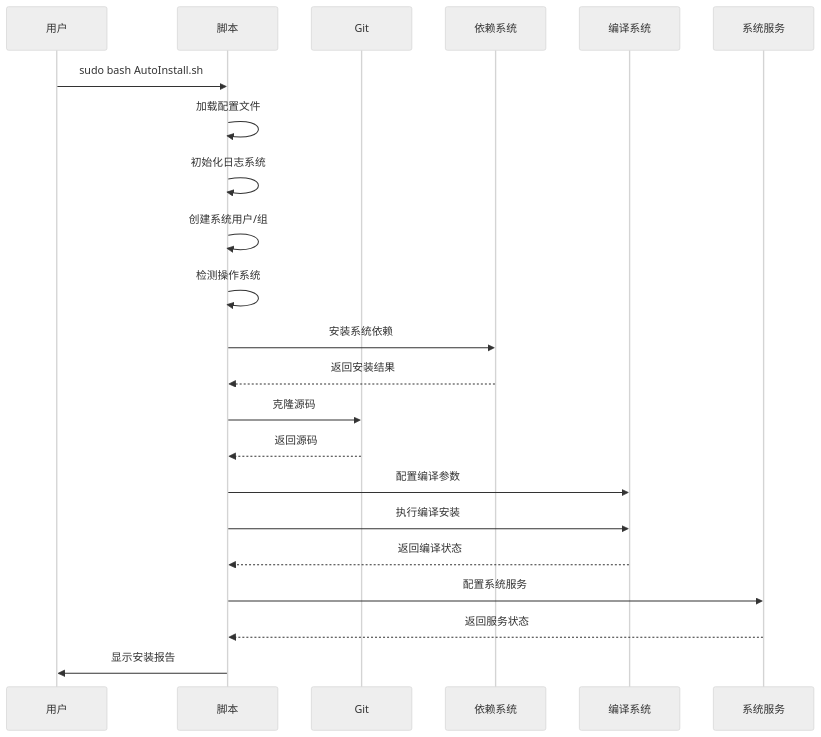
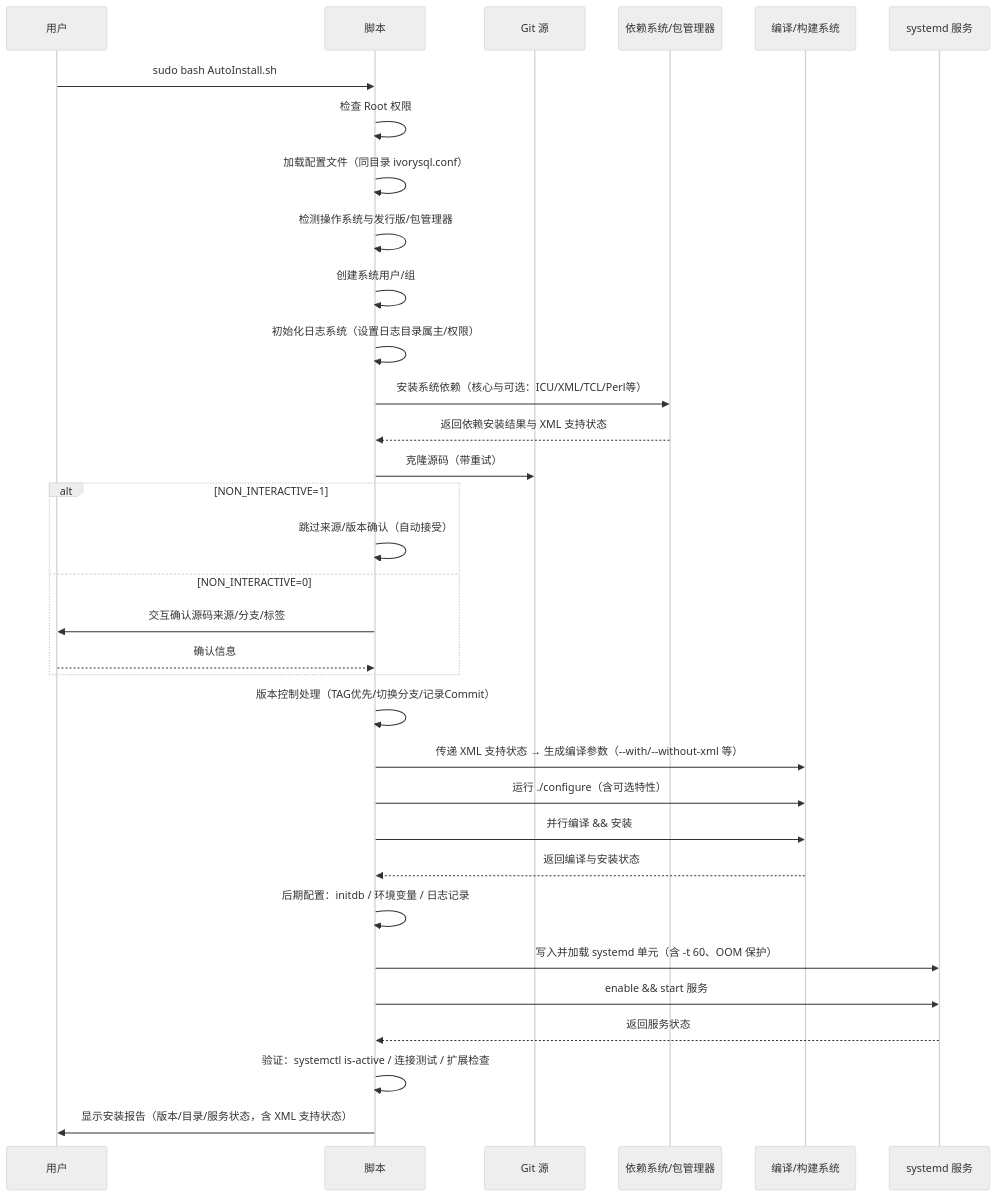
Before and after one commit to yangchunwanwusheng/IvorySQL-AutoInstaller: the fourth of 4 diagrams in README.md, drawn with Mermaid (neutral theme). The commit also changed other lines of this file, not shown here.

````diff
--- a/README.md
+++ b/README.md
@@ -1068,25 +1120,41 @@
 ```mermaid
 sequenceDiagram
     participant U as 用户
     participant S as 脚本
-    participant G as Git
-    participant D as 依赖系统
-    participant C as 编译系统
-    participant Sys as 系统服务
+    participant G as Git 源
+    participant D as 依赖系统/包管理器
+    participant C as 编译/构建系统
+    participant Sys as systemd 服务
 
     U->>S: sudo bash AutoInstall.sh
-    S->>S: 加载配置文件
-    S->>S: 初始化日志系统
+    S->>S: 检查 Root 权限
+    S->>S: 加载配置文件（同目录 ivorysql.conf）
+    S->>S: 检测操作系统与发行版/包管理器
     S->>S: 创建系统用户/组
-    S->>S: 检测操作系统
-    S->>D: 安装系统依赖
-    D-->>S: 返回安装结果
-    S->>G: 克隆源码
-    G-->>S: 返回源码
-    S->>C: 配置编译参数
-    S->>C: 执行编译安装
-    C-->>S: 返回编译状态
-    S->>Sys: 配置系统服务
+    S->>S: 初始化日志系统（设置日志目录属主/权限）
+    S->>D: 安装系统依赖（核心与可选：ICU/XML/TCL/Perl等）
+    D-->>S: 返回依赖安装结果与 XML 支持状态
+
+    S->>G: 克隆源码（带重试）
+    alt NON_INTERACTIVE=1
+        S->>S: 跳过来源/版本确认（自动接受）
+    else NON_INTERACTIVE=0
+        S->>U: 交互确认源码来源/分支/标签
+        U-->>S: 确认信息
+    end
+
+    S->>S: 版本控制处理（TAG优先/切换分支/记录Commit）
+    S->>C: 传递 XML 支持状态 → 生成编译参数（--with/--without-xml 等）
+    S->>C: 运行 ./configure（含可选特性）
+    S->>C: 并行编译 && 安装
+    C-->>S: 返回编译与安装状态
+
+    S->>S: 后期配置：initdb / 环境变量 / 日志记录
+    S->>Sys: 写入并加载 systemd 单元（含 -t 60、OOM 保护）
+    S->>Sys: enable && start 服务
     Sys-->>S: 返回服务状态
-    S->>U: 显示安装报告
+
+    S->>S: 验证：systemctl is-active / 连接测试 / 扩展检查
+    S->>U: 显示安装报告（版本/目录/服务状态，含 XML 支持状态）
+
 ```
````
